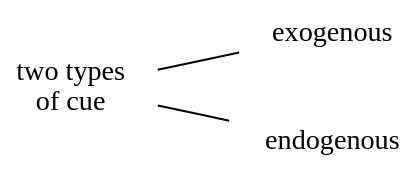
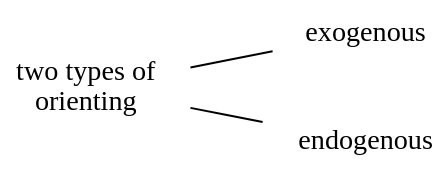
One commit to GermanoGallicchio/learning changed the second of 2 diagrams in JXHC_1055/04.qmd. Above: the diagram before and after it, drawn with Graphviz. The commit also changed other lines of this file, not shown here.

````diff
--- a/JXHC_1055/04.qmd
+++ b/JXHC_1055/04.qmd
@@ -410,12 +407,12 @@
 ```{dot}
 //| fig-width: 6
 digraph {
     node [shape=plaintext]
     edge [arrowhead=none]
     rankdir=LR
     bgcolor="transparent"
     
-    A [label="two types\nof cue"];
+    A [label="two types of\norienting"];
     A -> {exogenous; endogenous}
 }
 ```
````
